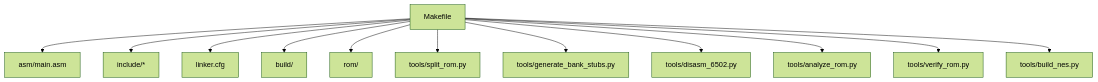
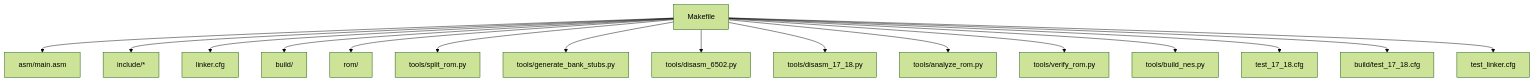
Before and after one commit to rabbyzero/sango2dasm: the first of 3 diagrams in .qoder/repowiki/en/content/Build System and Tools/Makefile Targets and Usage.md, drawn with Mermaid (forest theme). The commit also changed other lines of this file and 21 other files, not shown here.

````diff
--- a/.qoder/repowiki/en/content/Build System and Tools/Makefile Targets and Usage.md
+++ b/.qoder/repowiki/en/content/Build System and Tools/Makefile Targets and Usage.md
@@ -41,14 +54,18 @@
 ```mermaid
 graph TB
 A["Makefile"] --> B["asm/main.asm"]
 A --> C["include/*"]
 A --> D["linker.cfg"]
 A --> E["build/"]
 A --> F["rom/"]
 A --> G["tools/split_rom.py"]
 A --> H["tools/generate_bank_stubs.py"]
 A --> I["tools/disasm_6502.py"]
-A --> J["tools/analyze_rom.py"]
-A --> K["tools/verify_rom.py"]
-A --> L["tools/build_nes.py"]
+A --> J["tools/disasm_17_18.py"]
+A --> K["tools/analyze_rom.py"]
+A --> L["tools/verify_rom.py"]
+A --> M["tools/build_nes.py"]
+A --> N["test_17_18.cfg"]
+A --> O["build/test_17_18.cfg"]
+A --> P["test_linker.cfg"]
 ```
````
